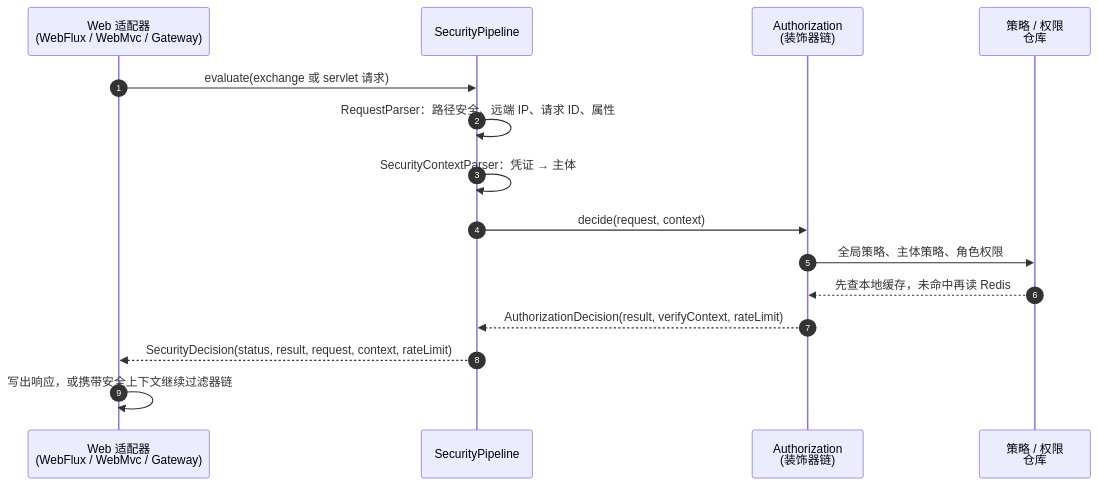
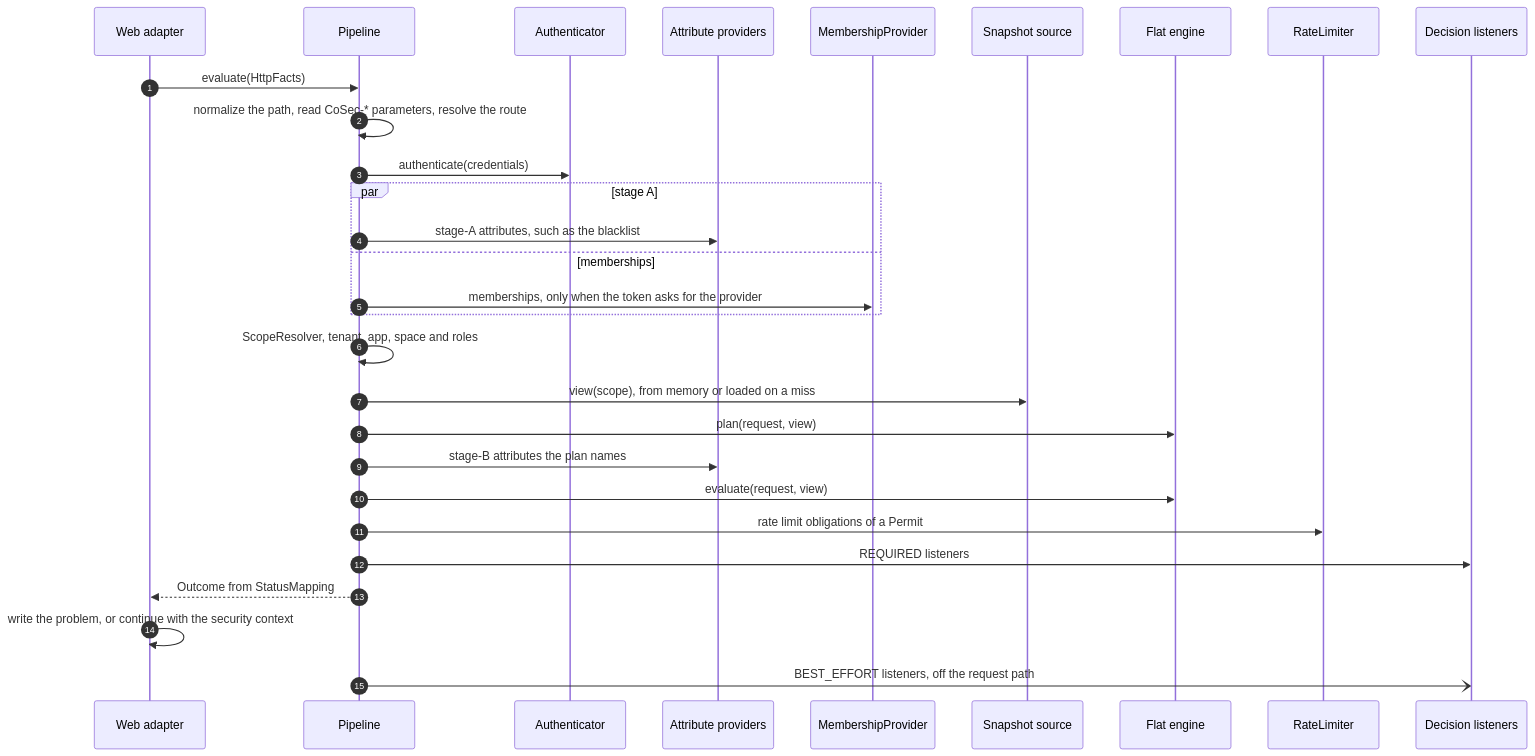
Before and after one commit to Ahoo-Wang/CoSec: the second of 3 diagrams in wiki/zh/architecture/overview.md, drawn with Mermaid. The commit also changed other lines of this file and 54 other files, not shown here.

````diff
--- a/wiki/zh/architecture/overview.md
+++ b/wiki/zh/architecture/overview.md
@@ -57,17 +60,31 @@
 ```mermaid
 sequenceDiagram
     autonumber
-    participant A as Web 适配器<br>(WebFlux / WebMvc / Gateway)
-    participant P as SecurityPipeline
-    participant Z as Authorization<br>(装饰器链)
-    participant R as 策略 / 权限<br>仓库
-    A->>P: evaluate(exchange 或 servlet 请求)
-    P->>P: RequestParser：路径安全、远端 IP、请求 ID、属性
-    P->>P: SecurityContextParser：凭证 → 主体
-    P->>Z: decide(request, context)
-    Z->>R: 全局策略、主体策略、角色权限
-    R-->>Z: 先查本地缓存，未命中再读 Redis
-    Z-->>P: AuthorizationDecision(result, verifyContext, rateLimit)
-    P-->>A: SecurityDecision(status, result, request, context, rateLimit)
-    A->>A: 写出响应，或携带安全上下文继续过滤器链
+    participant A as Web adapter
+    participant P as Pipeline
+    participant N as Authenticator
+    participant X as Attribute providers
+    participant M as MembershipProvider
+    participant S as Snapshot source
+    participant E as Flat engine
+    participant R as RateLimiter
+    participant L as Decision listeners
+    A->>P: evaluate(HttpFacts)
+    P->>P: normalize the path, read CoSec-* parameters, resolve the route
+    P->>N: authenticate(credentials)
+    par stage A
+        P->>X: stage-A attributes, such as the blacklist
+    and memberships
+        P->>M: memberships, only when the token asks for the provider
+    end
+    P->>P: ScopeResolver, tenant, app, space and roles
+    P->>S: view(scope), from memory or loaded on a miss
+    P->>E: plan(request, view)
+    P->>X: stage-B attributes the plan names
+    P->>E: evaluate(request, view)
+    P->>R: rate limit obligations of a Permit
+    P->>L: REQUIRED listeners
+    P-->>A: Outcome from StatusMapping
+    A->>A: write the problem, or continue with the security context
+    P-)L: BEST_EFFORT listeners, off the request path
 ```
````
